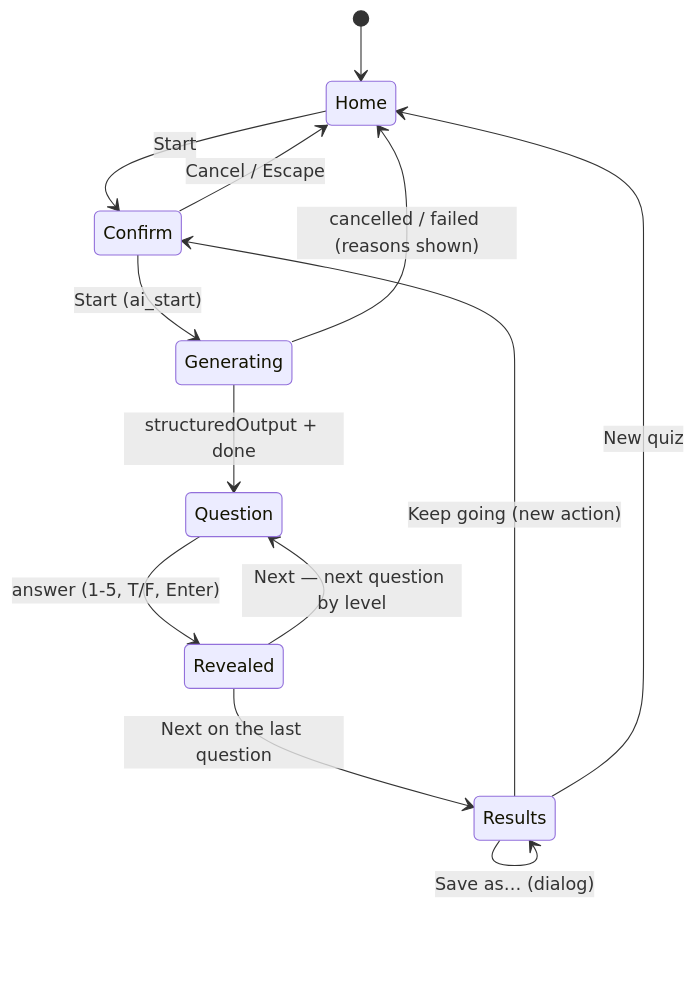
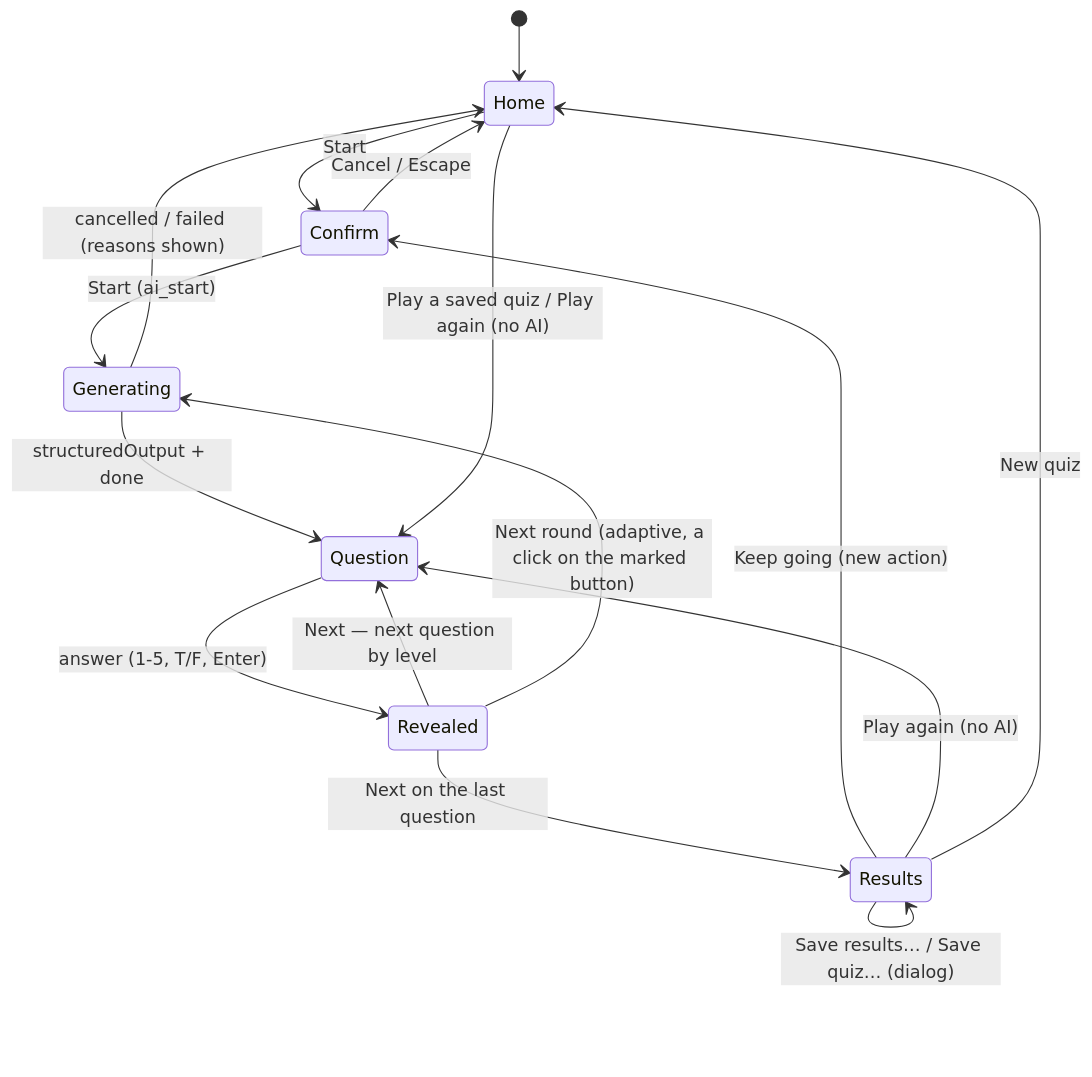
The third of 3 diagrams in docs/plan/phase-4.md (jean3978/IGrasp), drawn with Mermaid before and after one commit. The commit also changed other lines of this file, not shown here.

````diff
--- a/docs/plan/phase-4.md
+++ b/docs/plan/phase-4.md
@@ -825,15 +998,18 @@
 ```mermaid
 stateDiagram-v2
   [*] --> Home
   Home --> Confirm: Start
   Confirm --> Generating: Start (ai_start)
   Confirm --> Home: Cancel / Escape
   Generating --> Question: structuredOutput + done
   Generating --> Home: cancelled / failed (reasons shown)
+  Home --> Question: Play a saved quiz / Play again (no AI)
   Question --> Revealed: answer (1-5, T/F, Enter)
   Revealed --> Question: Next — next question by level
+  Revealed --> Generating: Next round (adaptive, a click on the marked button)
   Revealed --> Results: Next on the last question
   Results --> Confirm: Keep going (new action)
+  Results --> Question: Play again (no AI)
   Results --> Home: New quiz
-  Results --> Results: Save as… (dialog)
+  Results --> Results: Save results… / Save quiz… (dialog)
 ```
````
